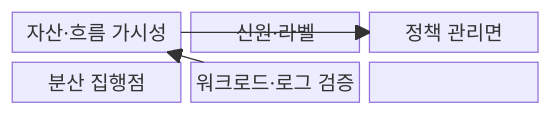
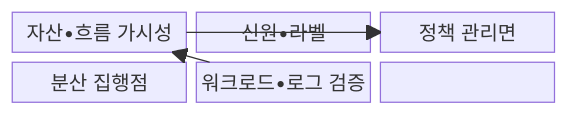
The first of 2 diagrams in src/content/docs/notes/05-security/065_micro_segmentation.md (agnusdei1207/knowledge-base), drawn with Mermaid before and after one commit. The commit also changed other lines of this file and 953 other files, not shown here.

````diff
--- a/src/content/docs/notes/05-security/065_micro_segmentation.md
+++ b/src/content/docs/notes/05-security/065_micro_segmentation.md
@@ -63,12 +63,12 @@
 ```mermaid
 block-beta
   columns 3
-  A["자산·흐름 가시성"]
-  B["신원·라벨"]
+  A["자산•흐름 가시성"]
+  B["신원•라벨"]
   C["정책 관리면"]
   D["분산 집행점"]
-  E["워크로드·로그 검증"]
+  E["워크로드•로그 검증"]
   A --> C
   B --> C --> D --> E
   E --> A
 ```
````
